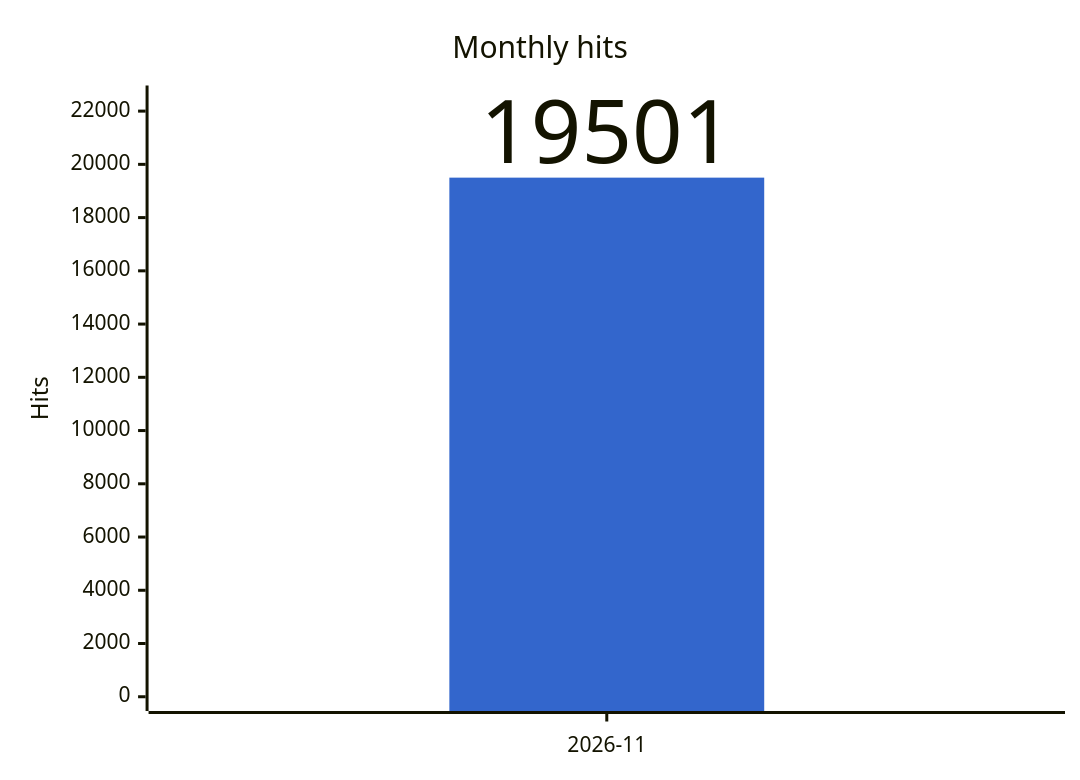
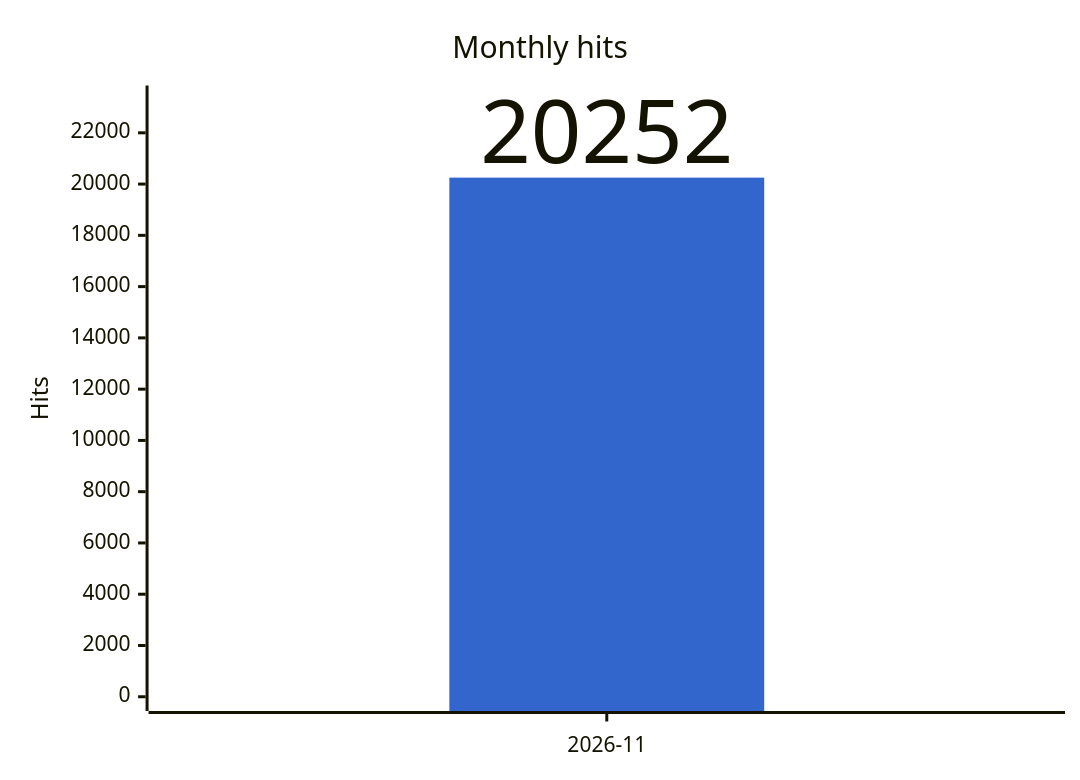
The fourth of 4 diagrams in docs/stats.md (gmoulard/wikipedia2book), drawn with Mermaid before and after one commit. The commit also changed other lines of this file and 3 other files, not shown here.

````diff
--- a/docs/stats.md
+++ b/docs/stats.md
@@ -54,8 +54,8 @@
 ```mermaid
 %%{init: {"xyChart": {"width": 700, "showDataLabel": true, "showDataLabelOutsideBar": true}, "themeVariables": {"xyChart": {"plotColorPalette": "#3366cc"}}}}%%
 xychart-beta
     title "Monthly hits"
     x-axis ["2026-11"]
-    y-axis "Hits" 0 --> 22427
-    bar [19501]
+    y-axis "Hits" 0 --> 23290
+    bar [20252]
 ```
````
